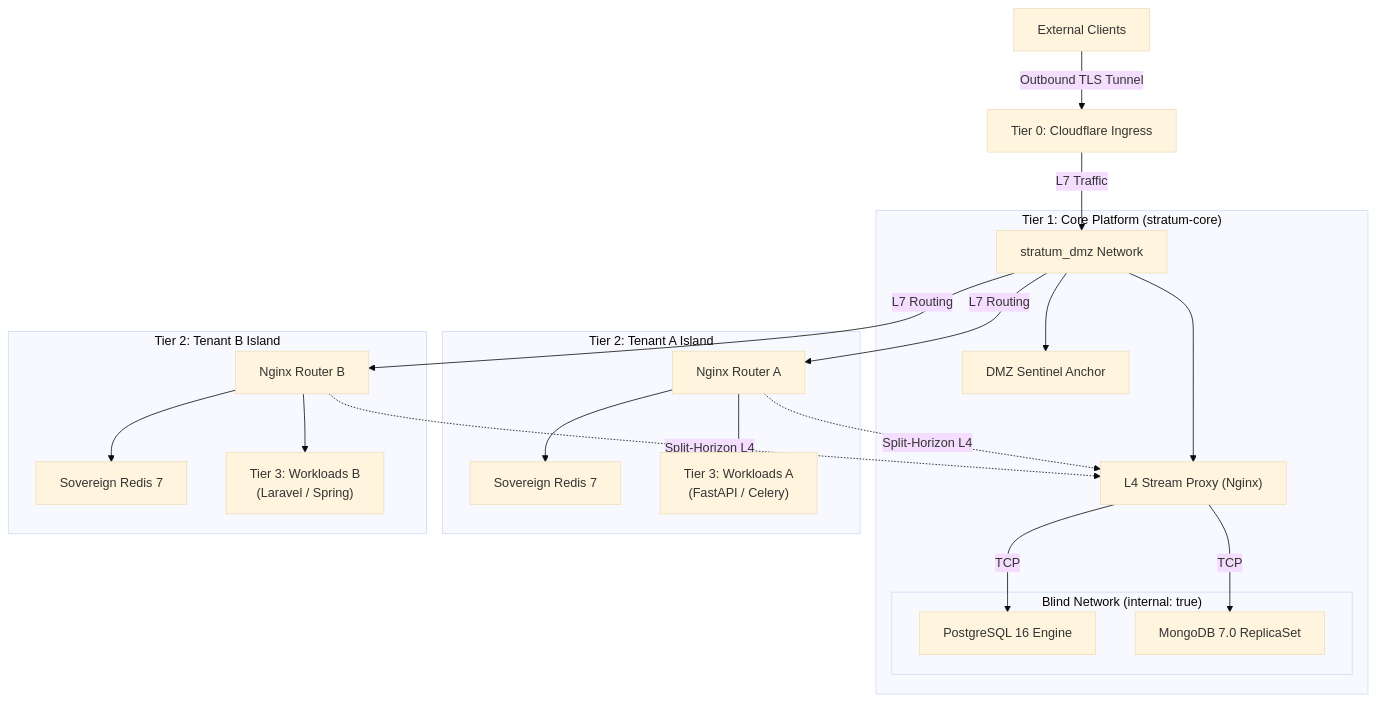
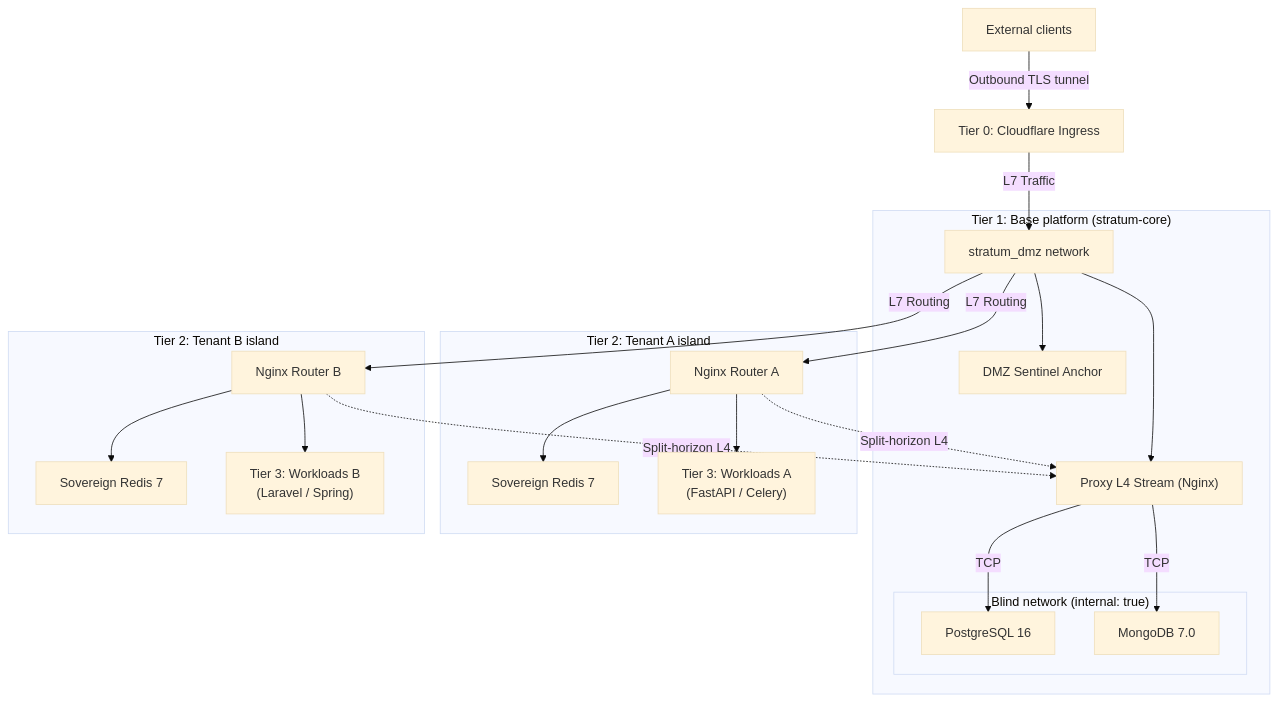
Before and after one commit to isora-cloud-group/stratum-hub: the second of 4 diagrams in README.md, drawn with Mermaid (base theme). The commit also changed other lines of this file, not shown here.

````diff
--- a/README.md
+++ b/README.md
@@ -76,46 +89,46 @@
 ```mermaid
 flowchart TD
-    EXT["External Clients"] -->|"Outbound TLS Tunnel"| T0["Tier 0: Cloudflare Ingress"]
-    
-    subgraph CorePlatform ["Tier 1: Core Platform (stratum-core)"]
-        DMZ["stratum_dmz Network"]
+    EXT["External clients"] -->|"Outbound TLS tunnel"| T0["Tier 0: Cloudflare Ingress"]
+
+    subgraph CorePlatform ["Tier 1: Base platform (stratum-core)"]
+        DMZ["stratum_dmz network"]
         ANCHOR["DMZ Sentinel Anchor"]
-        L4PROXY["L4 Stream Proxy (Nginx)"]
-        
-        subgraph BlindDataTier ["Blind Network (internal: true)"]
-            PG["PostgreSQL 16 Engine"]
-            MONGO["MongoDB 7.0 ReplicaSet"]
+        L4PROXY["Proxy L4 Stream (Nginx)"]
+
+        subgraph BlindDataTier ["Blind network (internal: true)"]
+            PG["PostgreSQL 16"]
+            MONGO["MongoDB 7.0"]
         end
-        
+
         DMZ --> ANCHOR
         DMZ --> L4PROXY
         L4PROXY -->|"TCP"| PG
         L4PROXY -->|"TCP"| MONGO
     end
-    
+
     T0 -->|"L7 Traffic"| DMZ
-    
-    subgraph OrgA ["Tier 2: Tenant A Island"]
+
+    subgraph OrgA ["Tier 2: Tenant A island"]
         ROUTER_A["Nginx Router A"]
         REDIS_A["Sovereign Redis 7"]
         W_A["Tier 3: Workloads A<br/>(FastAPI / Celery)"]
-        
+
         ROUTER_A --> REDIS_A
         ROUTER_A --> W_A
     end
-    
-    subgraph OrgB ["Tier 2: Tenant B Island"]
+
+    subgraph OrgB ["Tier 2: Tenant B island"]
         ROUTER_B["Nginx Router B"]
         REDIS_B["Sovereign Redis 7"]
         W_B["Tier 3: Workloads B<br/>(Laravel / Spring)"]
-        
+
         ROUTER_B --> REDIS_B
         ROUTER_B --> W_B
     end
-    
+
     DMZ -->|"L7 Routing"| ROUTER_A
     DMZ -->|"L7 Routing"| ROUTER_B
-    
-    ROUTER_A -.->|"Split-Horizon L4"| L4PROXY
-    ROUTER_B -.->|"Split-Horizon L4"| L4PROXY
+
+    ROUTER_A -.->|"Split-horizon L4"| L4PROXY
+    ROUTER_B -.->|"Split-horizon L4"| L4PROXY
 ```
````
